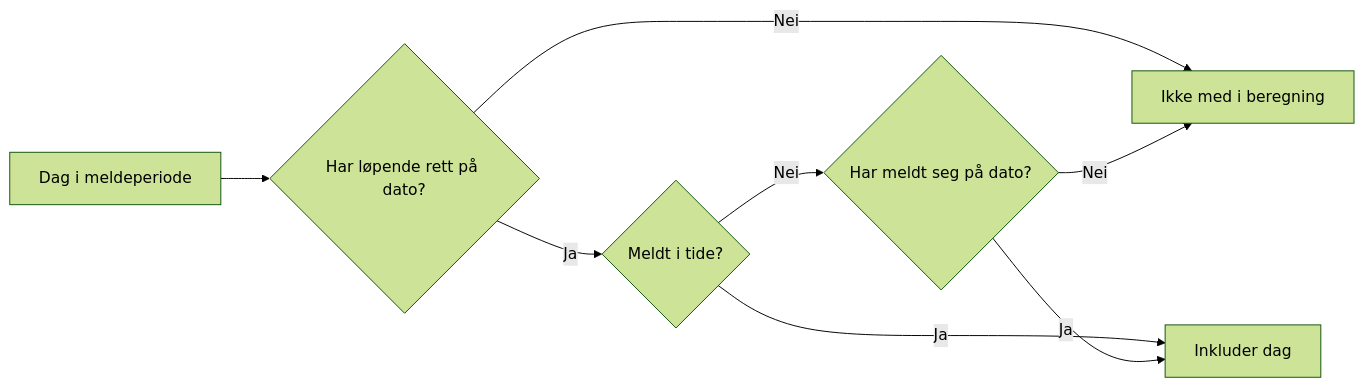
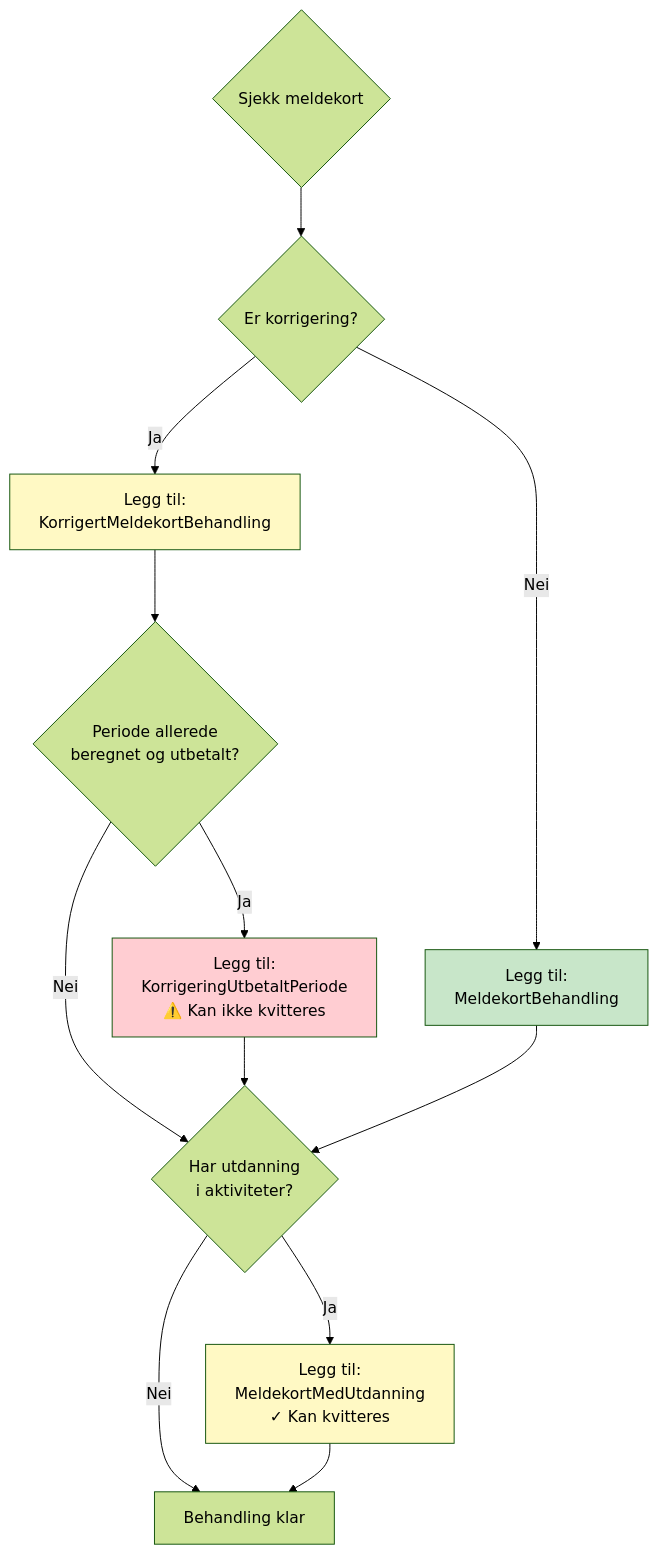
Before and after one commit to navikt/dp-behandling: the sixth of 9 diagrams in docs/beregning-meldekort-flyt.md, drawn with Mermaid (forest theme). The commit also changed other lines of this file and 1 other file, not shown here.

````diff
--- a/docs/beregning-meldekort-flyt.md
+++ b/docs/beregning-meldekort-flyt.md
@@ -132,10 +279,25 @@
 ```mermaid
-flowchart LR
-    A[Dag i meldeperiode] --> B{Har løpende rett på dato?}
-    B -->|Nei| C[Ikke med i beregning]
-    B -->|Ja| D{Meldt i tide?}
-    D -->|Ja| E[Inkluder dag]
-    D -->|Nei| F{Har meldt seg på dato?}
-    F -->|Ja| E
-    F -->|Nei| C
+flowchart TD
+    START{Sjekk meldekort} --> K{Er korrigering?}
+    
+    K -->|Ja| K1[Legg til:<br/>KorrigertMeldekortBehandling]
+    K1 --> K2{Periode allerede<br/>beregnet og utbetalt?}
+    K2 -->|Ja| K3[Legg til:<br/>KorrigeringUtbetaltPeriode<br/>⚠️ Kan ikke kvitteres]
+    K2 -->|Nei| U
+    
+    K -->|Nei| M[Legg til:<br/>MeldekortBehandling]
+    
+    K3 --> U
+    M --> U
+    
+    U{Har utdanning<br/>i aktiviteter?}
+    U -->|Ja| U1[Legg til:<br/>MeldekortMedUtdanning<br/>✓ Kan kvitteres]
+    U -->|Nei| END
+    
+    U1 --> END[Behandling klar]
+    
+    style K1 fill:#fff9c4
+    style K3 fill:#ffcdd2
+    style M fill:#c8e6c9
+    style U1 fill:#fff9c4
 ```
````
